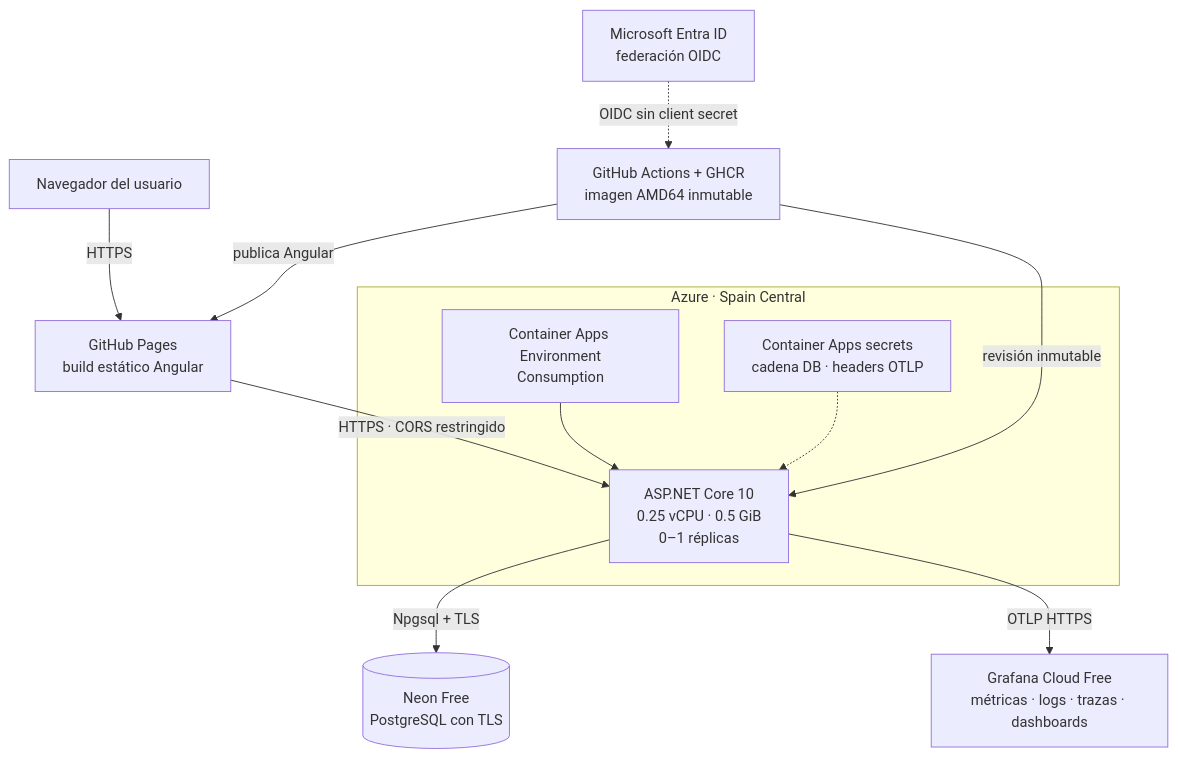
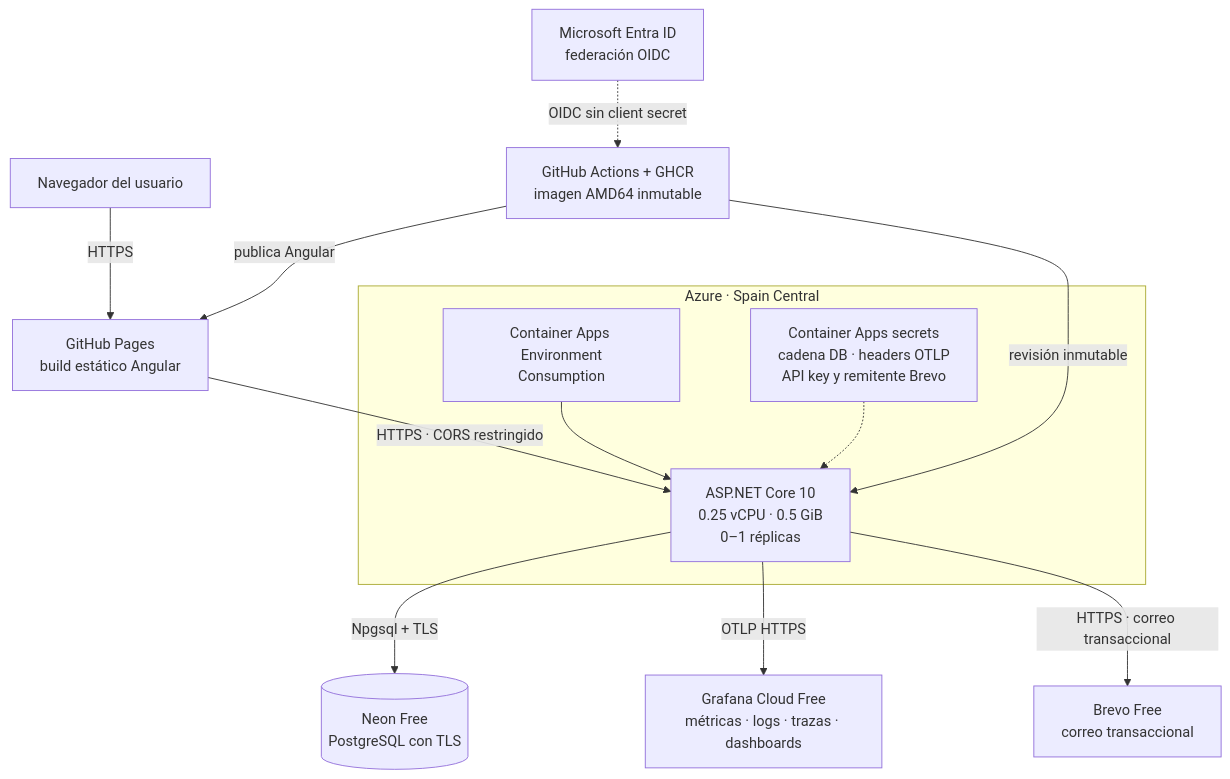
Before and after one commit to PeterBFoo/dnd-campaign-manager: the second of 2 diagrams in docs/architecture/diagrama-de-despliegue.md, drawn with Mermaid. The commit also changed other lines of this file and 20 other files, not shown here.

````diff
--- a/docs/architecture/diagrama-de-despliegue.md
+++ b/docs/architecture/diagrama-de-despliegue.md
@@ -82,25 +85,27 @@
 ```mermaid
 flowchart TB
     user["Navegador del usuario"]
     github["GitHub Actions + GHCR<br/>imagen AMD64 inmutable"]
     pages["GitHub Pages<br/>build estático Angular"]
     entra["Microsoft Entra ID<br/>federación OIDC"]
     neon[("Neon Free<br/>PostgreSQL con TLS")]
     grafana["Grafana Cloud Free<br/>métricas · logs · trazas · dashboards"]
+    brevo["Brevo Free<br/>correo transaccional"]
 
     subgraph azure["Azure · Spain Central"]
         environment["Container Apps Environment<br/>Consumption"]
         api_prod["ASP.NET Core 10<br/>0.25 vCPU · 0.5 GiB<br/>0–1 réplicas"]
-        secrets["Container Apps secrets<br/>cadena DB · headers OTLP"]
+        secrets["Container Apps secrets<br/>cadena DB · headers OTLP<br/>API key y remitente Brevo"]
     end
 
     user -->|"HTTPS"| pages
     pages -->|"HTTPS · CORS restringido"| api_prod
     environment --> api_prod
     api_prod -->|"Npgsql + TLS"| neon
     api_prod -->|"OTLP HTTPS"| grafana
+    api_prod -->|"HTTPS · correo transaccional"| brevo
     secrets -.-> api_prod
     github -->|"publica Angular"| pages
     github -->|"revisión inmutable"| api_prod
     entra -.->|"OIDC sin client secret"| github
 ```
````
